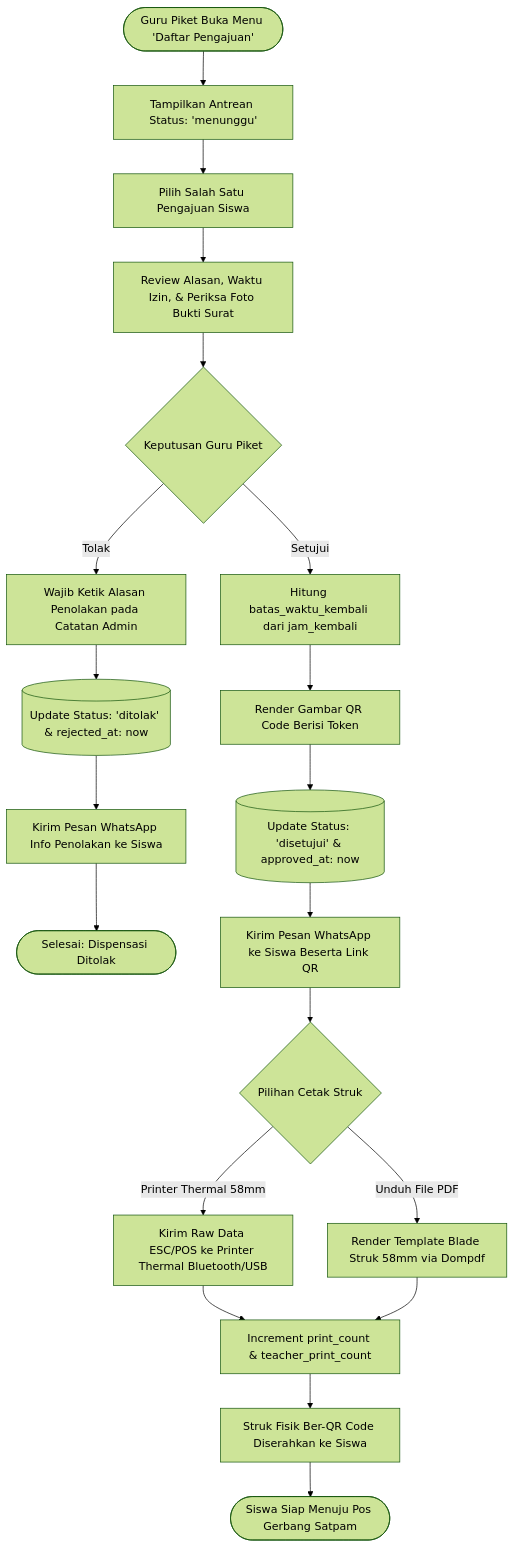
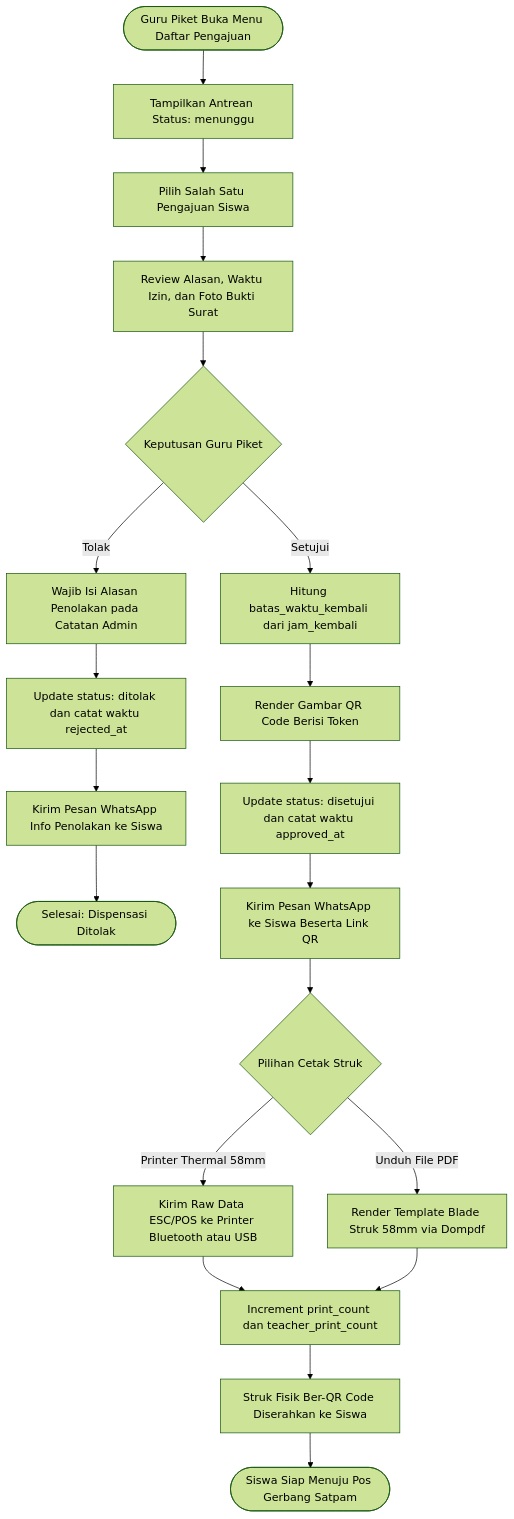
One commit to Zainal29/Didispen changed the third of 7 diagrams in FLOWCHART.MD. Above: the diagram before and after it, drawn with Mermaid (forest theme). The commit also changed other lines of this file, not shown here.

Commit message:
feat : memperbaiki FLOWCHART

````diff
--- a/FLOWCHART.MD
+++ b/FLOWCHART.MD
@@ -121,29 +121,29 @@
 ```mermaid
 flowchart TD
-    StartPiket([Guru Piket Buka Menu 'Daftar Pengajuan']) --> ViewQueue[Tampilkan Antrean Status: 'menunggu']
-    ViewQueue --> SelectItem[Pilih Salah Satu Pengajuan Siswa]
-    SelectItem --> ReviewDetail[Review Alasan, Waktu Izin, & Periksa Foto Bukti Surat]
+    StartPiket(["Guru Piket Buka Menu Daftar Pengajuan"]) --> ViewQueue["Tampilkan Antrean Status: menunggu"]
+    ViewQueue --> SelectItem["Pilih Salah Satu Pengajuan Siswa"]
+    SelectItem --> ReviewDetail["Review Alasan, Waktu Izin, dan Foto Bukti Surat"]
     
-    ReviewDetail --> Decision{Keputusan Guru Piket}
+    ReviewDetail --> Decision{"Keputusan Guru Piket"}
     
     %% SKENARIO DITOLAK
-    Decision -- "Tolak" --> InputReason[Wajib Ketik Alasan Penolakan pada Catatan Admin]
-    InputReason --> SaveReject[(Update Status: 'ditolak' & rejected_at: now)]
-    SaveReject --> SendWAReject[Kirim Pesan WhatsApp Info Penolakan ke Siswa]
-    SendWAReject --> EndReject([Selesai: Dispensasi Ditolak])
+    Decision -- "Tolak" --> InputReason["Wajib Isi Alasan Penolakan pada Catatan Admin"]
+    InputReason --> SaveReject["Update status: ditolak dan catat waktu rejected_at"]
+    SaveReject --> SendWAReject["Kirim Pesan WhatsApp Info Penolakan ke Siswa"]
+    SendWAReject --> EndReject(["Selesai: Dispensasi Ditolak"])
 
     %% SKENARIO DISETUJUI
-    Decision -- "Setujui" --> CalcDeadline[Hitung batas_waktu_kembali dari jam_kembali]
-    CalcDeadline --> GenerateQRImage[Render Gambar QR Code Berisi Token]
-    GenerateQRImage --> SaveApprove[(Update Status: 'disetujui' & approved_at: now)]
-    SaveApprove --> SendWAApprove[Kirim Pesan WhatsApp ke Siswa Beserta Link QR]
+    Decision -- "Setujui" --> CalcDeadline["Hitung batas_waktu_kembali dari jam_kembali"]
+    CalcDeadline --> GenerateQRImage["Render Gambar QR Code Berisi Token"]
+    GenerateQRImage --> SaveApprove["Update status: disetujui dan catat waktu approved_at"]
+    SaveApprove --> SendWAApprove["Kirim Pesan WhatsApp ke Siswa Beserta Link QR"]
     
-    SendWAApprove --> PrintOption{Pilihan Cetak Struk}
-    PrintOption -- "Printer Thermal 58mm" --> PrintESC[Kirim Raw Data ESC/POS ke Printer Thermal Bluetooth/USB]
-    PrintOption -- "Unduh File PDF" --> RenderPDF[Render Template Blade Struk 58mm via Dompdf]
+    SendWAApprove --> PrintOption{"Pilihan Cetak Struk"}
+    PrintOption -- "Printer Thermal 58mm" --> PrintESC["Kirim Raw Data ESC/POS ke Printer Bluetooth atau USB"]
+    PrintOption -- "Unduh File PDF" --> RenderPDF["Render Template Blade Struk 58mm via Dompdf"]
     
-    PrintESC --> IncCounter[Increment print_count & teacher_print_count]
+    PrintESC --> IncCounter["Increment print_count dan teacher_print_count"]
     RenderPDF --> IncCounter
-    IncCounter --> StrukFisik[Struk Fisik Ber-QR Code Diserahkan ke Siswa]
-    StrukFisik --> EndApprove([Siswa Siap Menuju Pos Gerbang Satpam])
+    IncCounter --> StrukFisik["Struk Fisik Ber-QR Code Diserahkan ke Siswa"]
+    StrukFisik --> EndApprove(["Siswa Siap Menuju Pos Gerbang Satpam"])
 ```
````
